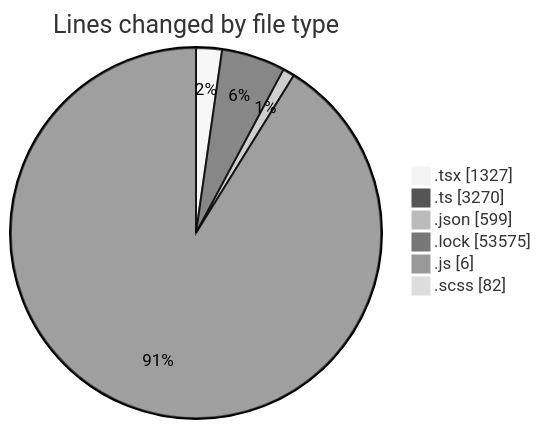
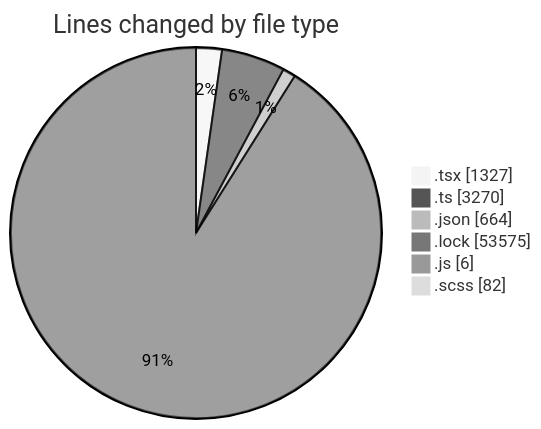
One commit to momahboobian/code-tracking changed the first of 2 diagrams in 2026-03-27/cda/README.md. Above: the diagram before and after it, drawn with Mermaid (neutral theme). The commit also changed other lines of this file and 1 other file, not shown here.

````diff
--- a/2026-03-27/cda/README.md
+++ b/2026-03-27/cda/README.md
@@ -46,10 +46,10 @@
 ```mermaid
 pie showData
 title Lines changed by file type
 ".tsx" : 1327
 ".ts" : 3270
-".json" : 599
+".json" : 664
 ".lock" : 53575
 ".js" : 6
 ".scss" : 82
 ```
````
